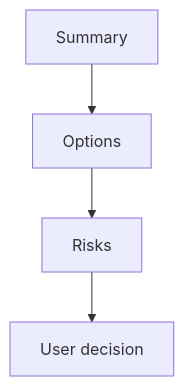
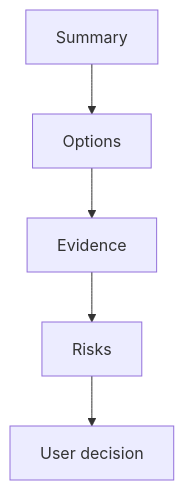
Before and after one commit to vTRKA/supervibe: the diagram in docs/templates/decision-brief-template.md, drawn with Mermaid. The commit also changed other lines of this file and 36 other files, not shown here.

````diff
--- a/docs/templates/decision-brief-template.md
+++ b/docs/templates/decision-brief-template.md
@@ -23,8 +26,9 @@
 ```mermaid
 flowchart TD
-  accTitle: Decision path
-  accDescr: The user reviews the summary, compares options and risks, then chooses continue, revise, defer, or stop.
+  %% accTitle: Decision path
+  %% accDescr: The user reviews the summary, compares options and risks, checks evidence, then chooses continue, revise, defer, or stop.
   Summary[Summary] --> Options[Options]
-  Options --> Risks[Risks]
+  Options --> Evidence[Evidence]
+  Evidence --> Risks[Risks]
   Risks --> Decision[User decision]
 ```
````
